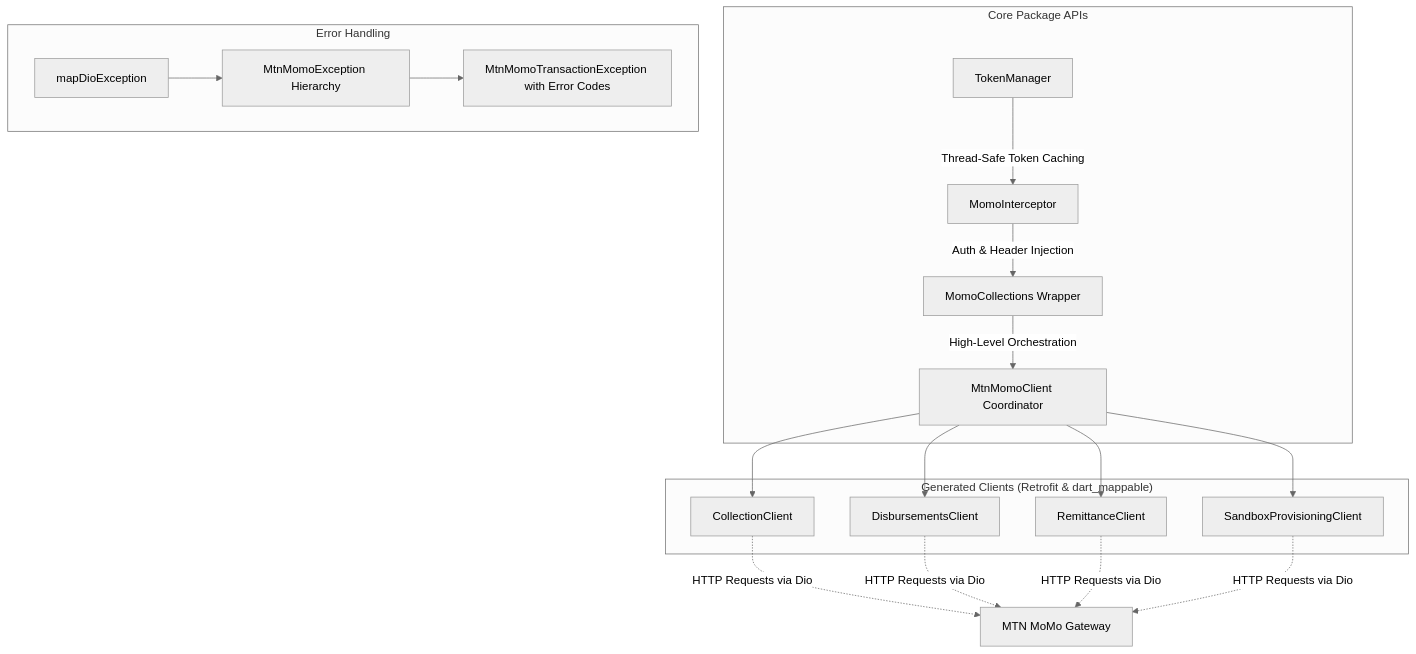
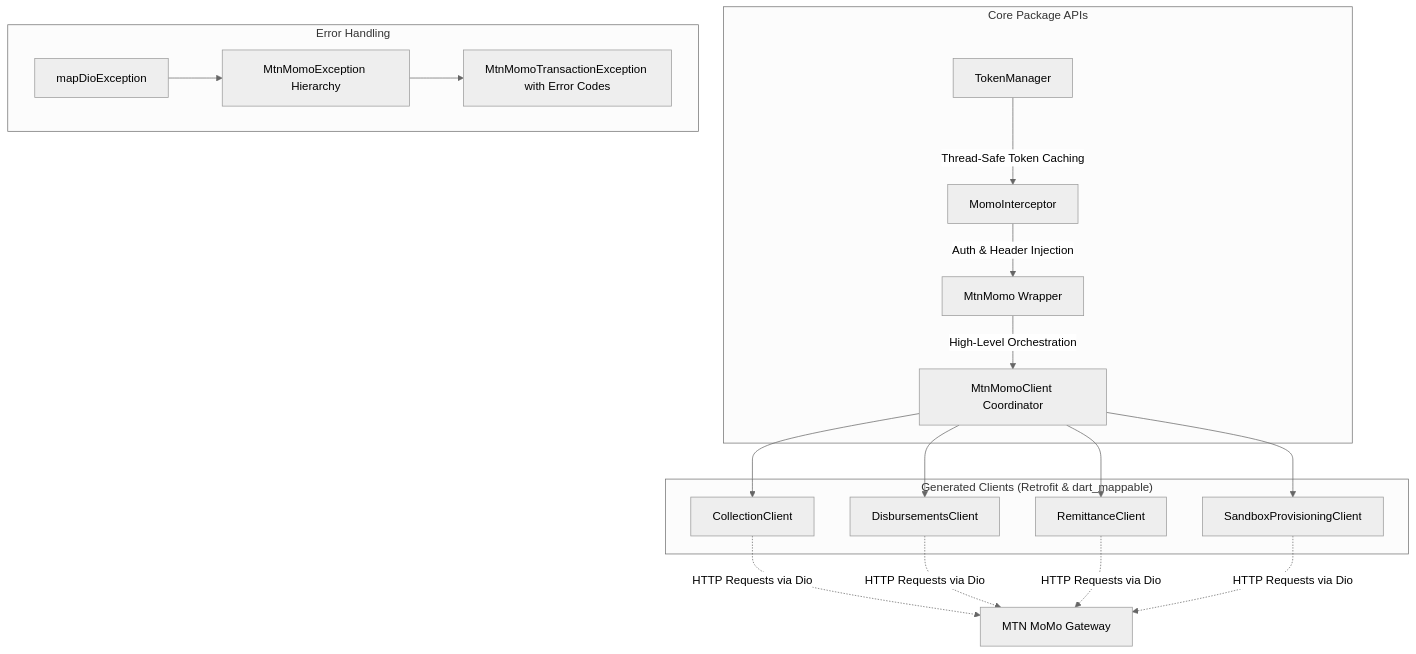
One commit to TJMusiitwa/mtn_momo_collections changed the diagram in README.md. Above: the diagram before and after it, drawn with Mermaid (neutral theme). The commit also changed other lines of this file and 23 other files, not shown here.

Commit message:
refactor: rename MomoCollections class to MtnMomo for clarity and consistency across the SDK.

````diff
--- a/README.md
+++ b/README.md
@@ -21,22 +21,22 @@
 ```mermaid
 graph TD
     subgraph core ["Core Package APIs"]
-        MMC[MomoCollections Wrapper] --> |High-Level Orchestration| MC[MtnMomoClient Coordinator]
+        MMC[MtnMomo Wrapper] --> |High-Level Orchestration| MC[MtnMomoClient Coordinator]
         MI[MomoInterceptor] --> |Auth & Header Injection| MMC
         TM[TokenManager] --> |Thread-Safe Token Caching| MI
     end
 
     subgraph gen ["Generated Clients (Retrofit & dart_mappable)"]
         MC --> CC[CollectionClient]
         MC --> DC[DisbursementsClient]
         MC --> RC[RemittanceClient]
         MC --> SC[SandboxProvisioningClient]
     end
 
     subgraph err ["Error Handling"]
         ME[mapDioException] --> MME[MtnMomoException Hierarchy]
         MME --> MTE[MtnMomoTransactionException with Error Codes]
     end
 
     CC & DC & RC & SC -.-> |HTTP Requests via Dio| MTN[MTN MoMo Gateway]
 ```
````
